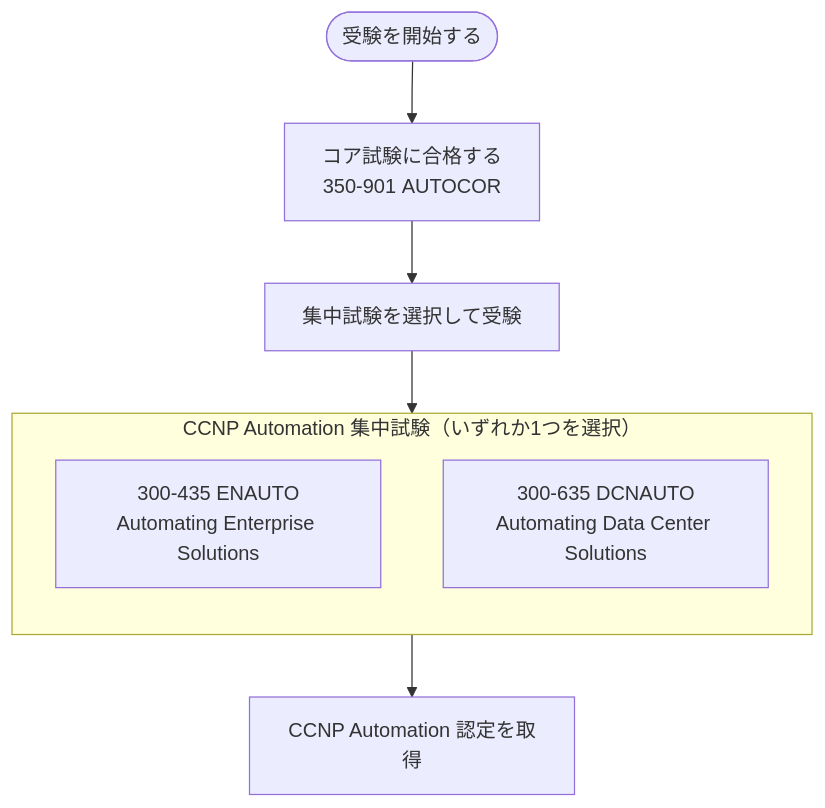
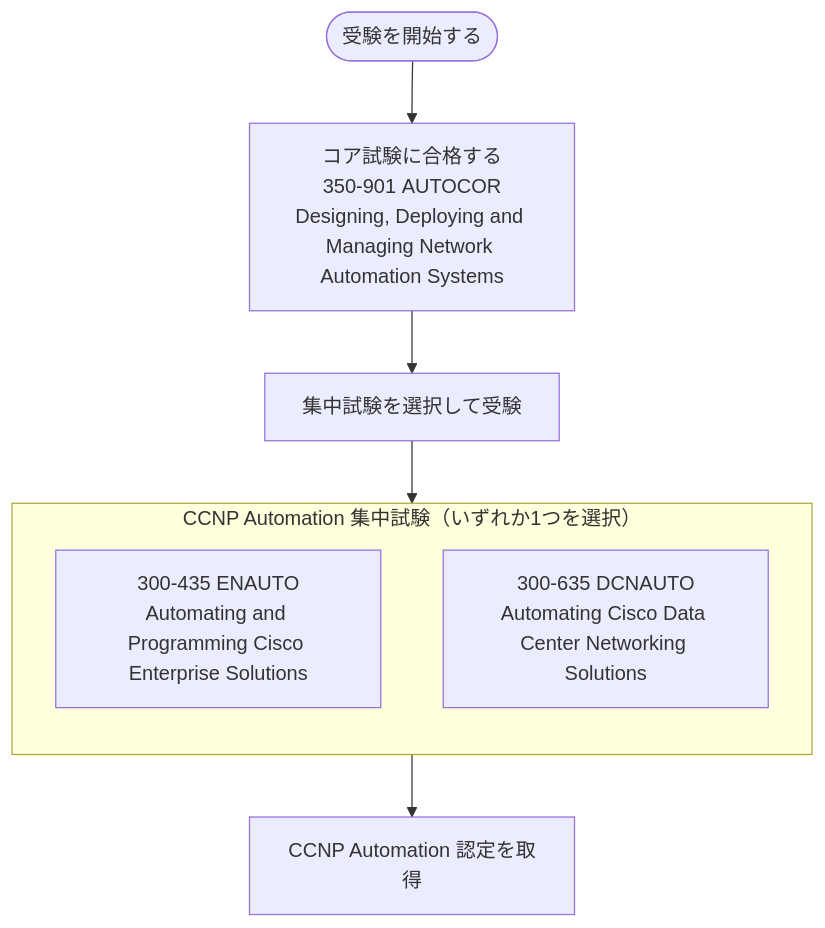
Before and after one commit to myoshi2891/Cloud-Infrastructure-Studies: the second of 6 diagrams in Cisco-devnet-professional-guide.md, drawn with Mermaid. The commit also changed other lines of this file, not shown here.

Commit message:
docs: update official exam titles in cisco-devnet-professional-guide

````diff
--- a/Cisco-devnet-professional-guide.md
+++ b/Cisco-devnet-professional-guide.md
@@ -117,14 +117,14 @@
 ```mermaid
 flowchart TB
-    Start(["受験を開始する"]) --> Core["コア試験に合格する<br/>350-901 AUTOCOR"]
+    Start(["受験を開始する"]) --> Core["コア試験に合格する<br/>350-901 AUTOCOR<br/>Designing, Deploying and Managing Network Automation Systems"]
     Core --> Choose["集中試験を選択して受験"]
 
     subgraph Concentrations["CCNP Automation 集中試験（いずれか1つを選択）"]
         direction TB
-        C1["300-435 ENAUTO<br/>Automating Enterprise Solutions"]
-        C2["300-635 DCNAUTO<br/>Automating Data Center Solutions"]
+        C1["300-435 ENAUTO<br/>Automating and Programming Cisco Enterprise Solutions"]
+        C2["300-635 DCNAUTO<br/>Automating Cisco Data Center Networking Solutions"]
     end
 
     Choose --> Concentrations
     Concentrations --> Result["CCNP Automation 認定を取得"]
 ```
````
